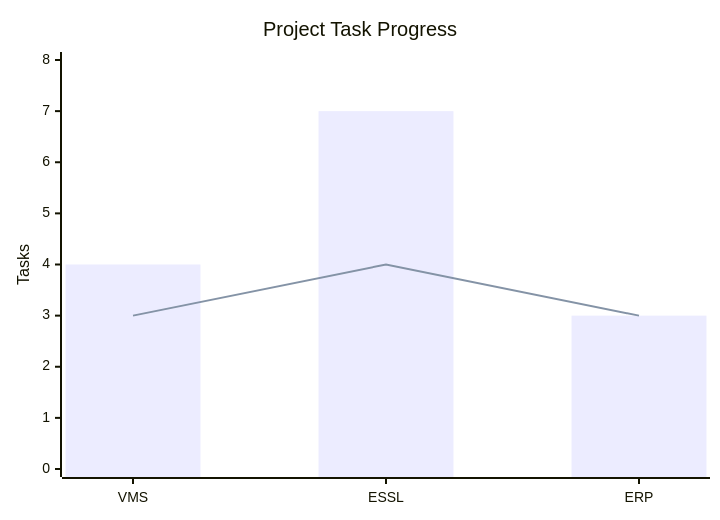
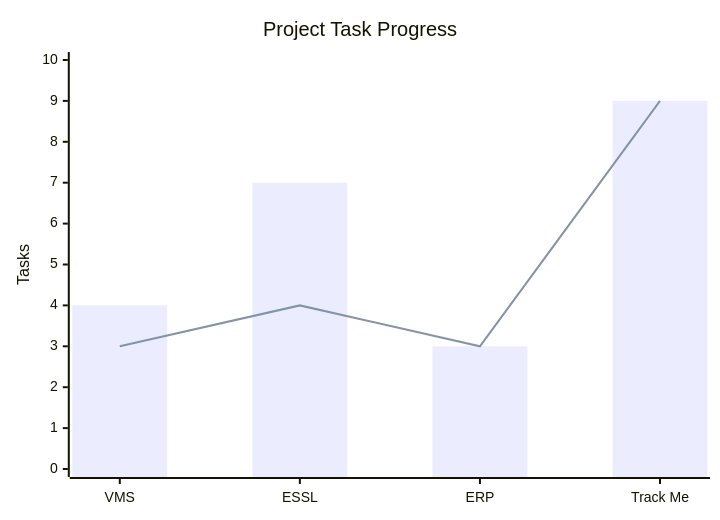
Before and after one commit to Realityspeaker/My-Work-Diary: the second of 2 diagrams in Global_Summary.md, drawn with Mermaid. The commit also changed other lines of this file, not shown here.

````diff
--- a/Global_Summary.md
+++ b/Global_Summary.md
@@ -57,8 +61,8 @@
 ```mermaid
 xychart-beta
     title "Project Task Progress"
-    x-axis ["VMS", "ESSL", "ERP"]
-    y-axis "Tasks" 0 --> 8
-    bar [4, 7, 3]
-    line [3, 4, 3]
+    x-axis ["VMS", "ESSL", "ERP", "Track Me"]
+    y-axis "Tasks" 0 --> 10
+    bar [4, 7, 3, 9]
+    line [3, 4, 3, 9]
 ```
````
